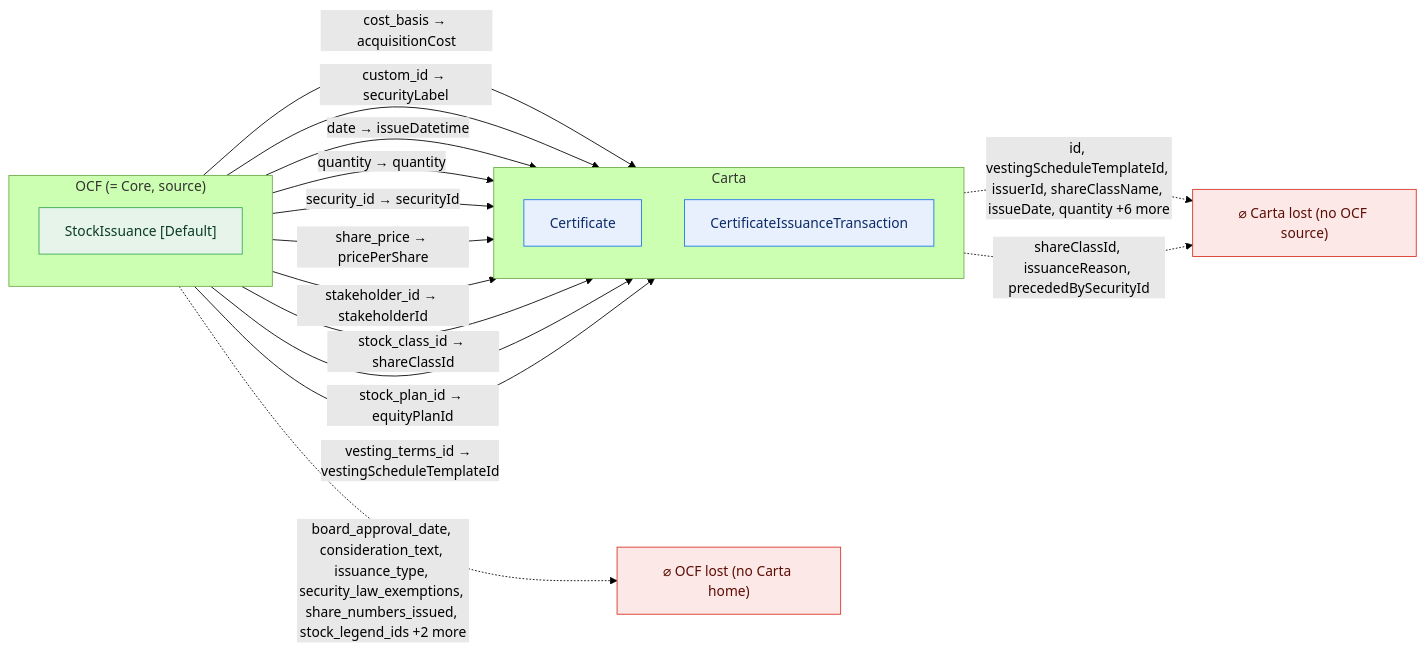
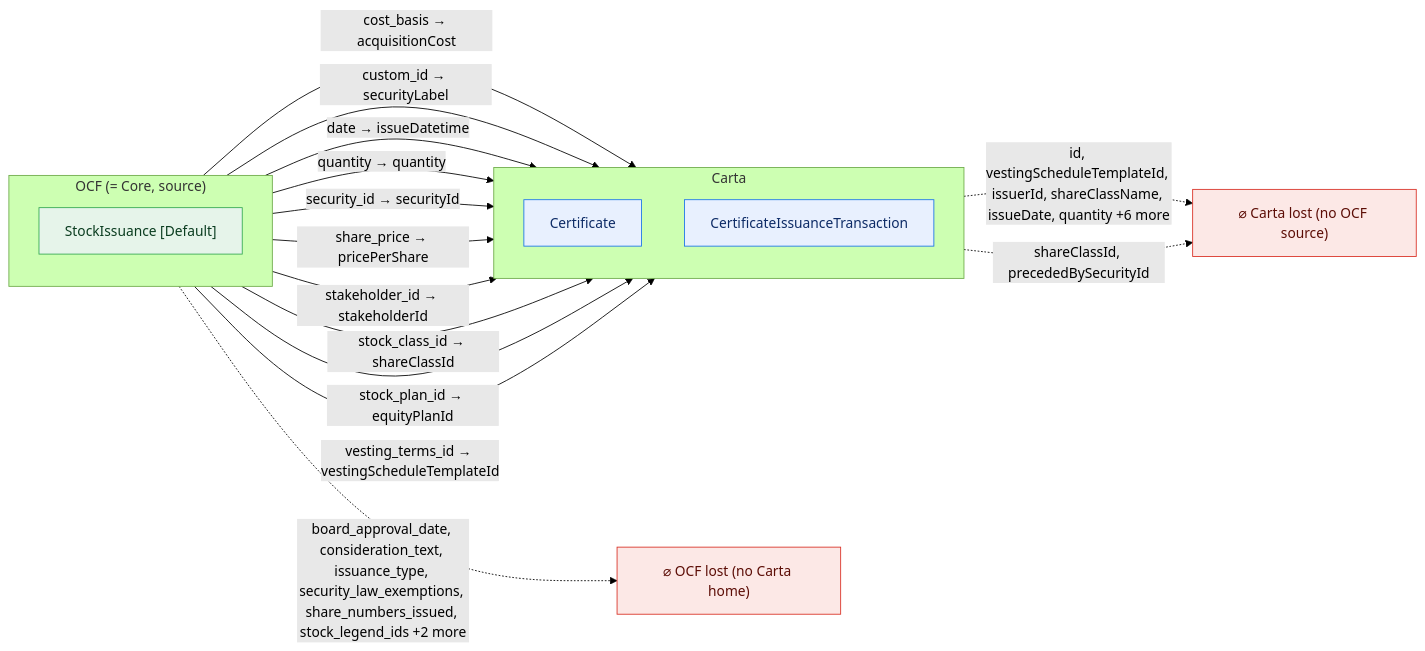
Before and after one commit to Open-Cap-Table-Coalition/OCF-Composed-Schemas: the sixth of 47 diagrams in docs/core-bidirectional-flow.md, drawn with Mermaid (forest theme). The commit also changed other lines of this file and 6 other files, not shown here.

````diff
--- a/docs/core-bidirectional-flow.md
+++ b/docs/core-bidirectional-flow.md
@@ -184,31 +186,31 @@
 ```mermaid
 flowchart LR
   classDef adm fill:#e6f4ea,stroke:#34a853,color:#0b3d20;
   classDef notadm fill:#f1f3f4,stroke:#9aa0a6,color:#5f6368,stroke-dasharray:4 3;
   classDef carta fill:#e8f0fe,stroke:#1a73e8,color:#0d2b66;
   classDef lost fill:#fce8e6,stroke:#d93025,color:#5c0d06;
   subgraph SRC["OCF (= Core, source)"]
     direction TB
     o0["StockIssuance [Default]"]:::adm
   end
   subgraph TGT["Carta"]
     direction TB
     t0["Certificate"]:::carta
     t1["CertificateIssuanceTransaction"]:::carta
   end
   ocflost["⌀ OCF lost (no Carta home)"]:::lost
   cartalost["⌀ Carta lost (no OCF source)"]:::lost
   o0 -->|"cost_basis → acquisitionCost"| t1
   o0 -->|"custom_id → securityLabel"| t0
   o0 -->|"date → issueDatetime"| t1
   o0 -->|"quantity → quantity"| t1
   o0 -->|"security_id → securityId"| t0
   o0 -->|"share_price → pricePerShare"| t0
   o0 -->|"stakeholder_id → stakeholderId"| t0
   o0 -->|"stock_class_id → shareClassId"| t0
   o0 -->|"stock_plan_id → equityPlanId"| t1
   o0 -->|"vesting_terms_id → vestingScheduleTemplateId"| t1
   o0 -.->|"board_approval_date, consideration_text, issuance_type, security_law_exemptions, share_numbers_issued, stock_legend_ids +2 more"| ocflost
   t0 -.->|"id, vestingScheduleTemplateId, issuerId, shareClassName, issueDate, quantity +6 more"| cartalost
-  t1 -.->|"shareClassId, issuanceReason, precededBySecurityId"| cartalost
+  t1 -.->|"shareClassId, precededBySecurityId"| cartalost
 ```
````
